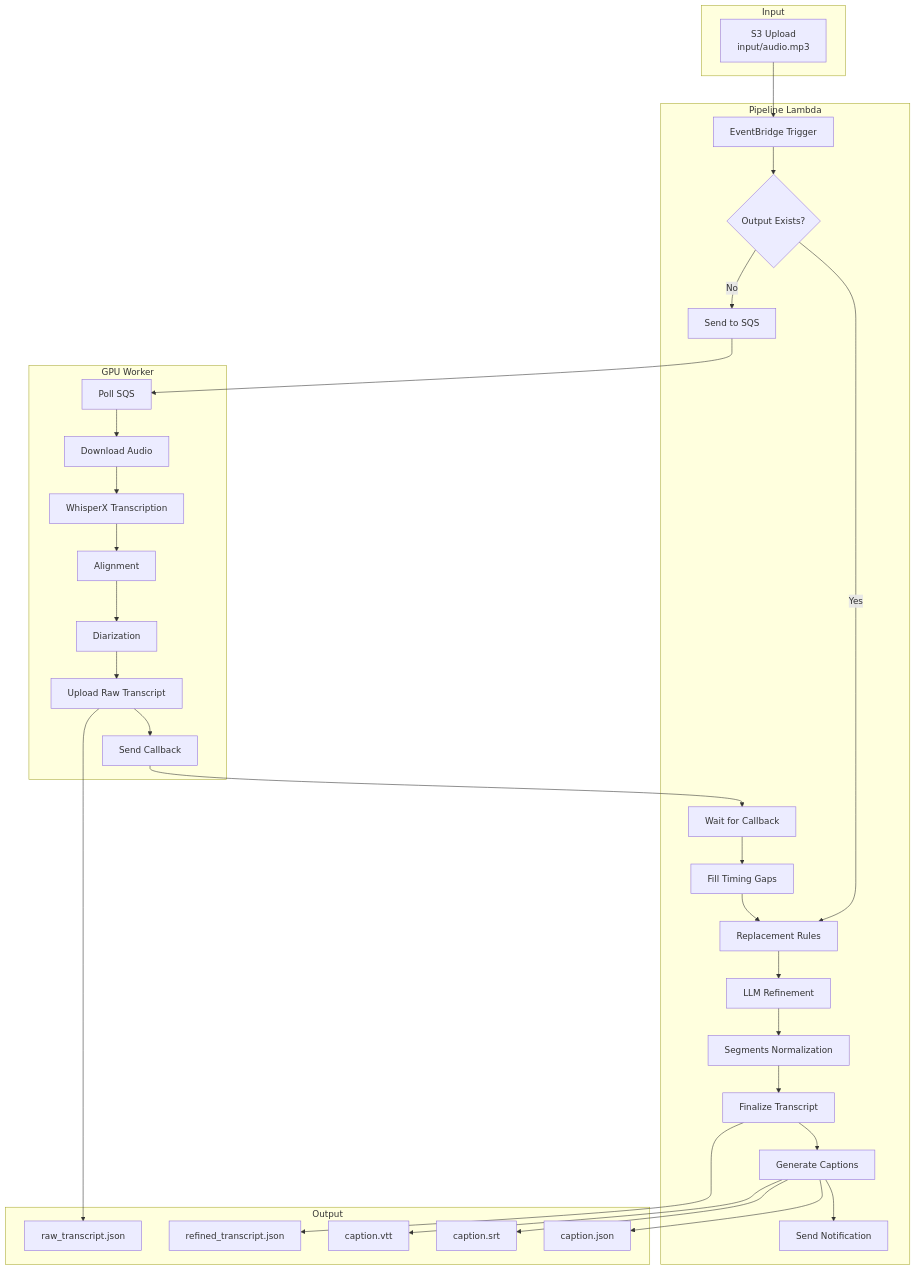
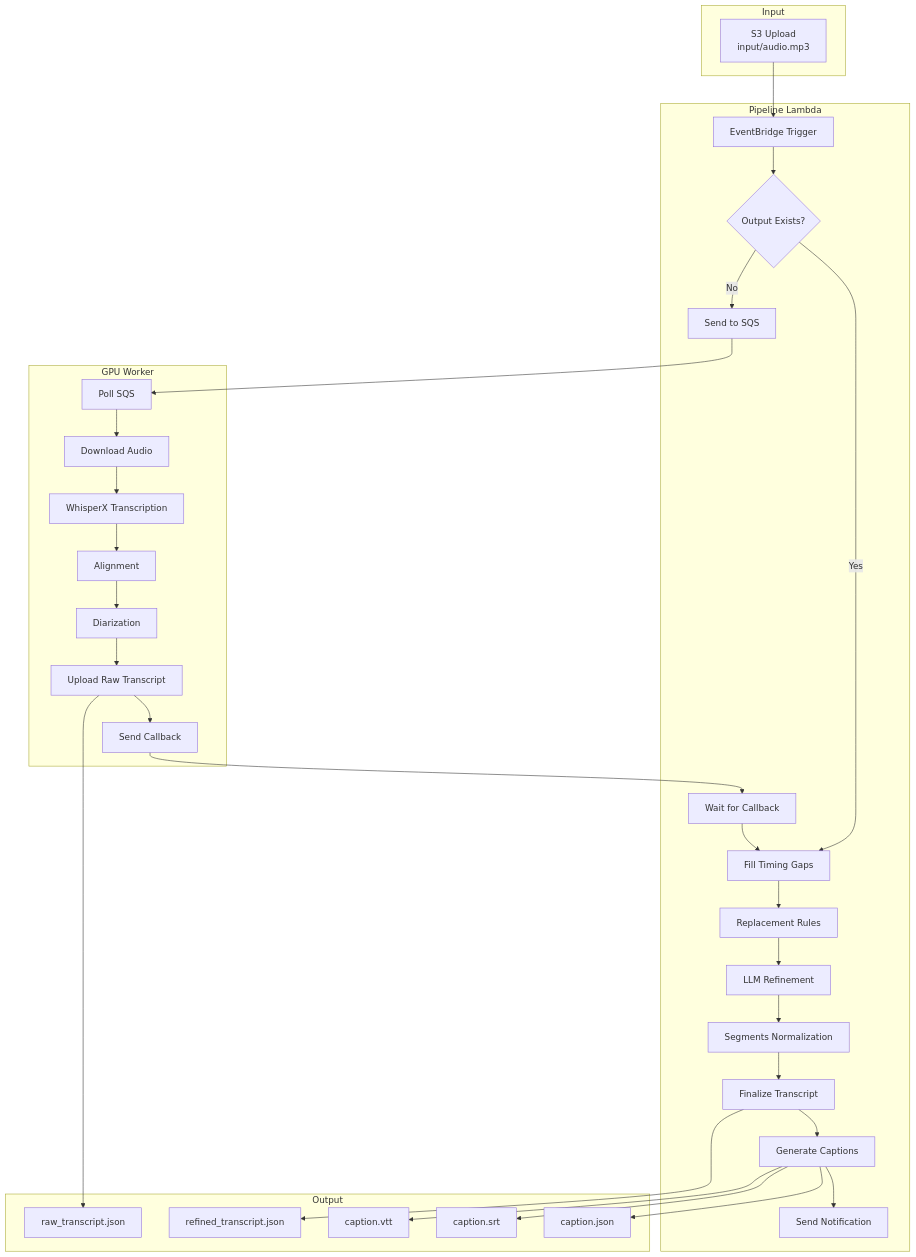
The diagram in README.md (fourTheorem/podwhisperer), drawn with Mermaid before and after one commit. The commit also changed 2 other files, not shown here.

Commit message:
chore: improvements after review

````diff
--- a/README.md
+++ b/README.md
@@ -31,47 +31,47 @@
 ```mermaid
 flowchart TD
     subgraph Input
         S3Upload["S3 Upload<br/>input/audio.mp3"]
     end
 
     subgraph "Pipeline Lambda"
         EB[EventBridge Trigger]
         CheckExists{Output Exists?}
         SQS[Send to SQS]
         WaitCallback[Wait for Callback]
         FillGaps[Fill Timing Gaps]
         Replacement[Replacement Rules]
         LLM[LLM Refinement]
         Normalize[Segments Normalization]
         Finalize[Finalize Transcript]
         Captions[Generate Captions]
         Notify[Send Notification]
     end
 
     subgraph "GPU Worker"
         Poll[Poll SQS]
         Download[Download Audio]
         Transcribe[WhisperX Transcription]
         Align[Alignment]
         Diarize[Diarization]
         Upload[Upload Raw Transcript]
         Callback[Send Callback]
     end
 
     subgraph Output
         Raw[raw_transcript.json]
         Refined[refined_transcript.json]
         VTT[caption.vtt]
         SRT[caption.srt]
         JSON[caption.json]
     end
 
     S3Upload --> EB --> CheckExists
     CheckExists -->|No| SQS --> Poll
-    CheckExists -->|Yes| Replacement
+    CheckExists -->|Yes| FillGaps
     Poll --> Download --> Transcribe --> Align --> Diarize --> Upload --> Callback
     Upload --> Raw
     Callback --> WaitCallback --> FillGaps --> Replacement --> LLM --> Normalize --> Finalize --> Captions --> Notify
     Finalize --> Refined
     Captions --> VTT & SRT & JSON
 ```
````
